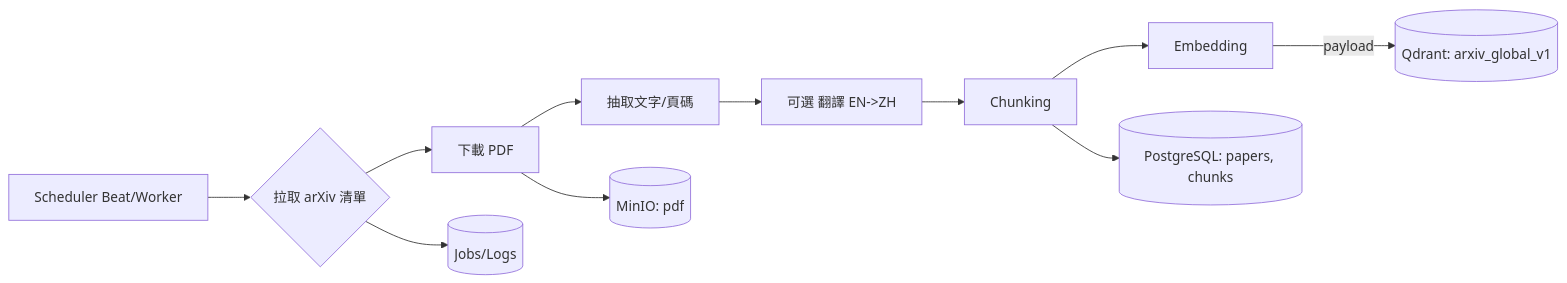
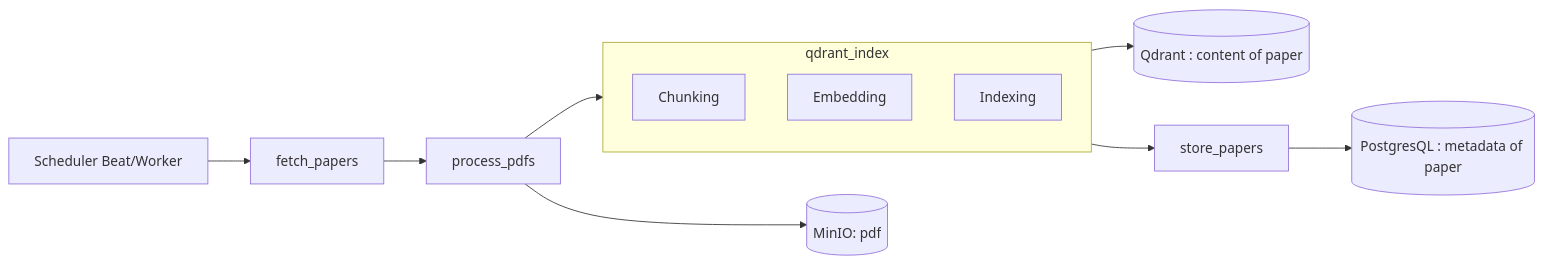
One commit to a920604a/llm-assistant changed the first of 3 diagrams in docs/技術說明書.md. Above: the diagram before and after it, drawn with Mermaid. The commit also changed other lines of this file, not shown here.

Commit message:
refactor: Update technical design document to enhance clarity and structure of arXiv ingestion and RAG chat processes

````diff
--- a/docs/技術說明書.md
+++ b/docs/技術說明書.md
@@ -61,13 +53,25 @@
 ```mermaid
 flowchart LR
-  S[Scheduler Beat/Worker] --> J{拉取 arXiv 清單}
-  J --> D[下載 PDF]
-  D --> E[抽取文字/頁碼]
-  E --> T[可選 翻譯 EN->ZH]
-  T --> C[Chunking]
-  C --> V[Embedding]
-  V -->|payload| Q[(Qdrant: arxiv_global_v1)]
-  C --> P[(PostgreSQL: papers, chunks)]
-  D --> M[(MinIO: pdf)]
-  J --> L[(Jobs/Logs)]
+
+  M[(MinIO: pdf)]
+  P[(PostgresQL : metadata of paper)]
+  Q[(Qdrant : content of paper)]
+
+
+  S[Scheduler Beat/Worker] --> A[fetch_papers]
+  A --> B[process_pdfs]
+
+  B --> C[qdrant_index]
+
+  subgraph C[qdrant_index]
+    C1[Chunking]
+    C2[Embedding]
+    C3[Indexing]
+  end
+
+  C --> D[store_papers]
+
+  B --> M
+  C --> Q
+  D --> P
 ```
````
